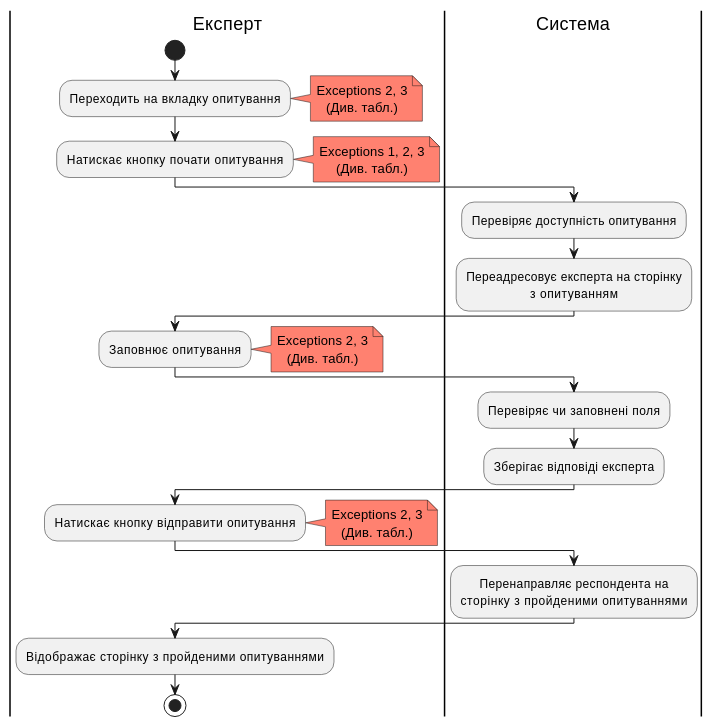
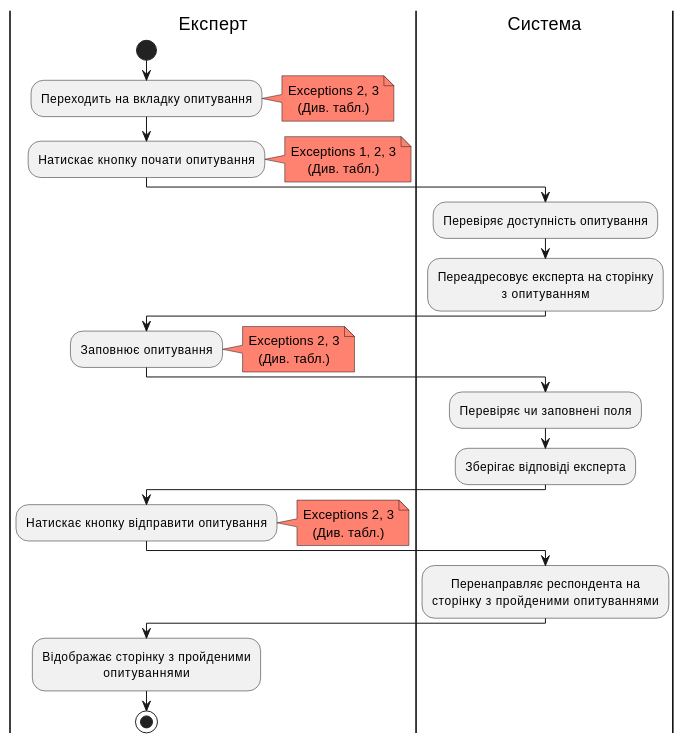
One commit to generalmaks/db_labs changed the first of 2 diagrams in docs/use_cases.md. Above: the diagram before and after it, drawn with PlantUML. The commit also changed other lines of this file, not shown here.

Commit message:
Add fixes to activity diagrams

````diff
--- a/docs/use_cases.md
+++ b/docs/use_cases.md
@@ -20,50 +15,51 @@
 ```plantuml
-@startuml
+@startuml 
+skinparam defaultTextAlignment center
 |Експерт|
 start
-skinparam defaultTextAlignment center
 
 :Переходить на вкладку опитування;
 note right #ff8170
 Exceptions 2, 3
 (Див. табл.)
 end note
 :Натискає кнопку почати опитування;
 note right #ff8170
 Exceptions 1, 2, 3
 (Див. табл.)
 end note
 
 |Система|
 :Перевіряє доступність опитування;
 :Переадресовує експерта на сторінку
 з опитуванням;
 
 |Експерт|
 :Заповнює опитування;
 note right #ff8170
 Exceptions 2, 3
 (Див. табл.)
 end note
 
 |Система|
 :Перевіряє чи заповнені поля;
 :Зберігає відповіді експерта;
 
 |Експерт|
 :Натискає кнопку відправити опитування;
 note right #ff8170
 Exceptions 2, 3
 (Див. табл.)
 end note
 
 |Система|
 :Перенаправляє респондента на
 сторінку з пройденими опитуваннями;
 
 |Експерт|
-:Відображає сторінку з пройденими опитуваннями;
+:Відображає сторінку з пройденими 
+опитуваннями;
 
 stop
 @enduml
 ```
````
